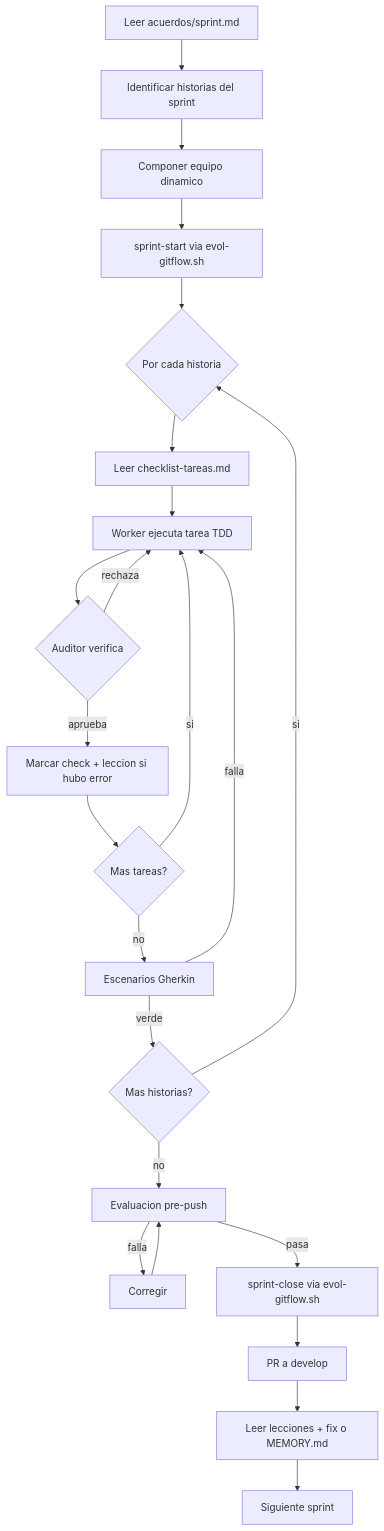
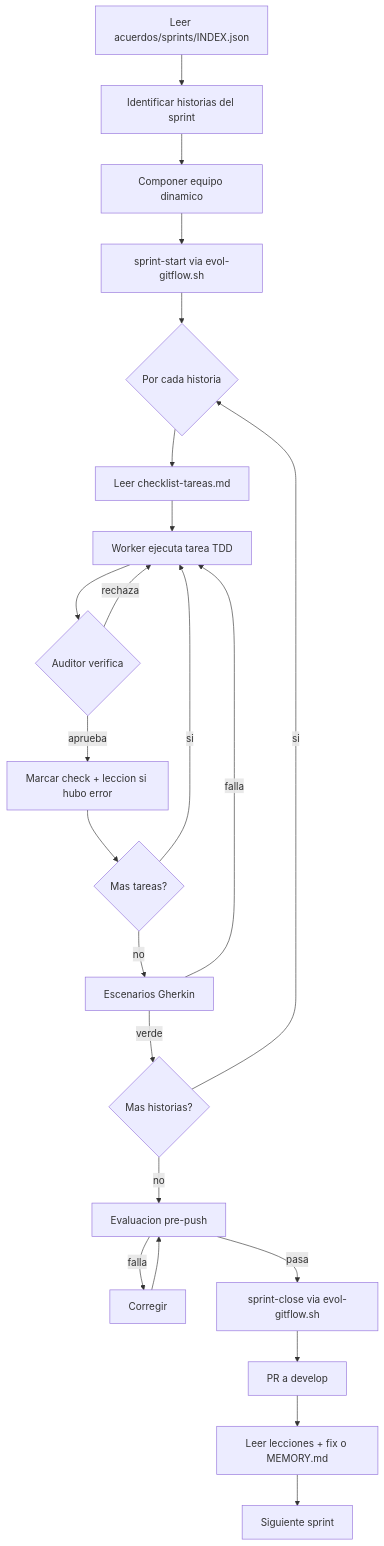
Before and after one commit to Cucholambr3ta/evol-system: the diagram in .agent/workflows/evol-sprint.md, drawn with Mermaid. The commit also changed other lines of this file and 23 other files, not shown here.

````diff
--- a/.agent/workflows/evol-sprint.md
+++ b/.agent/workflows/evol-sprint.md
@@ -148,25 +148,25 @@
 ```mermaid
 flowchart TD
-    A[Leer acuerdos/sprint.md] --> B[Identificar historias del sprint]
+    A[Leer acuerdos/sprints/INDEX.json] --> B[Identificar historias del sprint]
     B --> C[Componer equipo dinamico]
     C --> D[sprint-start via evol-gitflow.sh]
     D --> E{Por cada historia}
     E --> F[Leer checklist-tareas.md]
     F --> G[Worker ejecuta tarea TDD]
     G --> H{Auditor verifica}
     H -->|rechaza| G
     H -->|aprueba| I[Marcar check + leccion si hubo error]
     I --> J{Mas tareas?}
     J -->|si| G
     J -->|no| K[Escenarios Gherkin]
     K -->|falla| G
     K -->|verde| L{Mas historias?}
     L -->|si| E
     L -->|no| M[Evaluacion pre-push]
     M -->|falla| N[Corregir]
     N --> M
     M -->|pasa| O[sprint-close via evol-gitflow.sh]
     O --> P[PR a develop]
     P --> Q[Leer lecciones + fix o MEMORY.md]
     Q --> R[Siguiente sprint]
 ```
````
